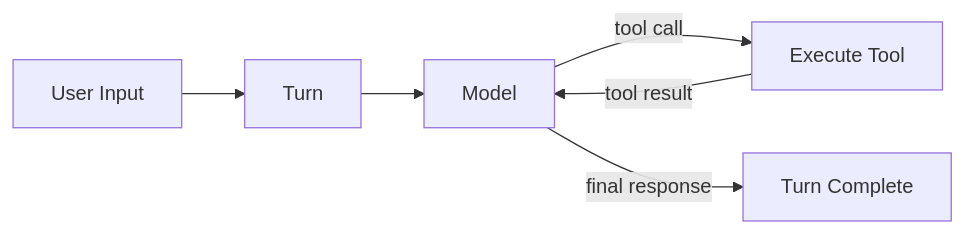
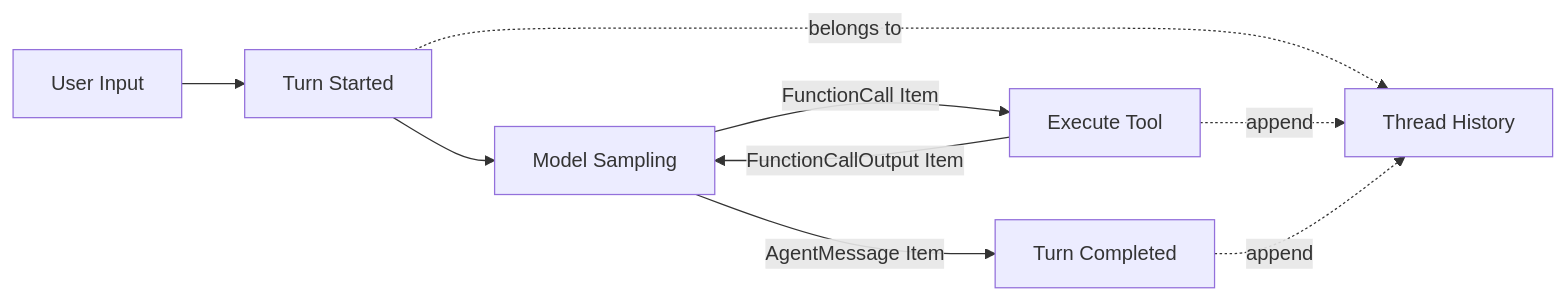
One commit to zz1403489227-crypto/learn-codex changed the diagram in s01_turn_loop/README.md. Above: the diagram before and after it, drawn with Mermaid. The commit also changed other lines of this file and 4 other files, not shown here.

````diff
--- a/s01_turn_loop/README.md
+++ b/s01_turn_loop/README.md
@@ -3,8 +3,11 @@
 ```mermaid
 flowchart LR
-    U["User Input"] --> T["Turn"]
-    T --> M["Model"]
-    M -->|tool call| X["Execute Tool"]
-    X -->|tool result| M
-    M -->|final response| D["Turn Complete"]
+    U["User Input"] --> T["Turn Started"]
+    T --> M["Model Sampling"]
+    M -->|FunctionCall Item| X["Execute Tool"]
+    X -->|FunctionCallOutput Item| M
+    M -->|AgentMessage Item| D["Turn Completed"]
+    T -. belongs to .-> H["Thread History"]
+    X -. append .-> H
+    D -. append .-> H
 ```
````
